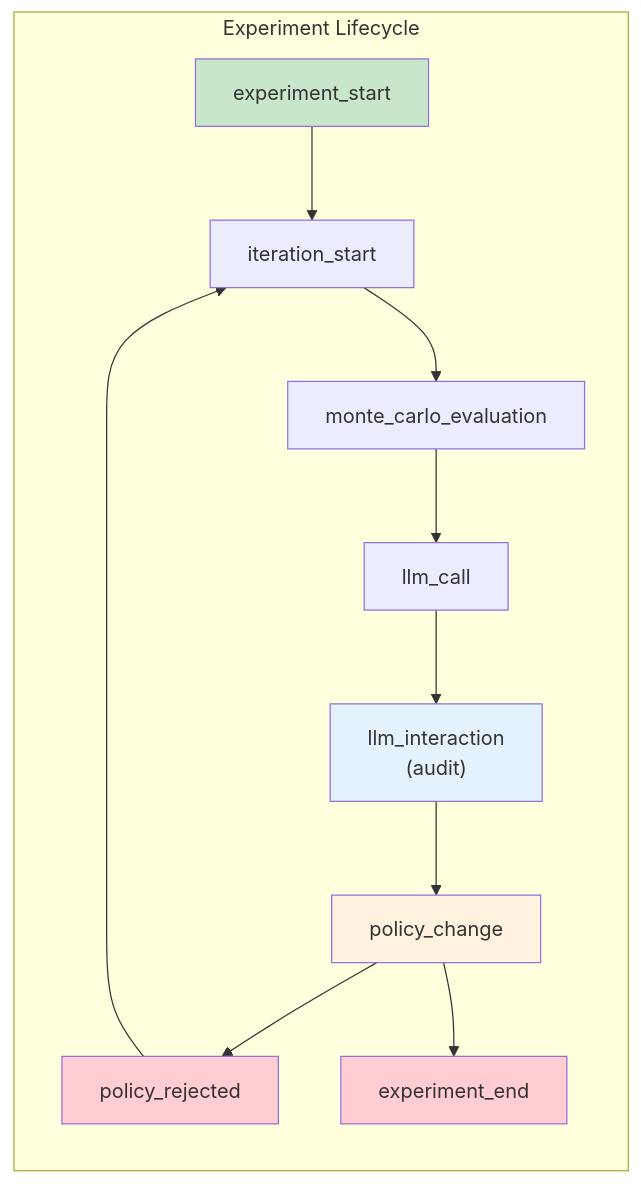
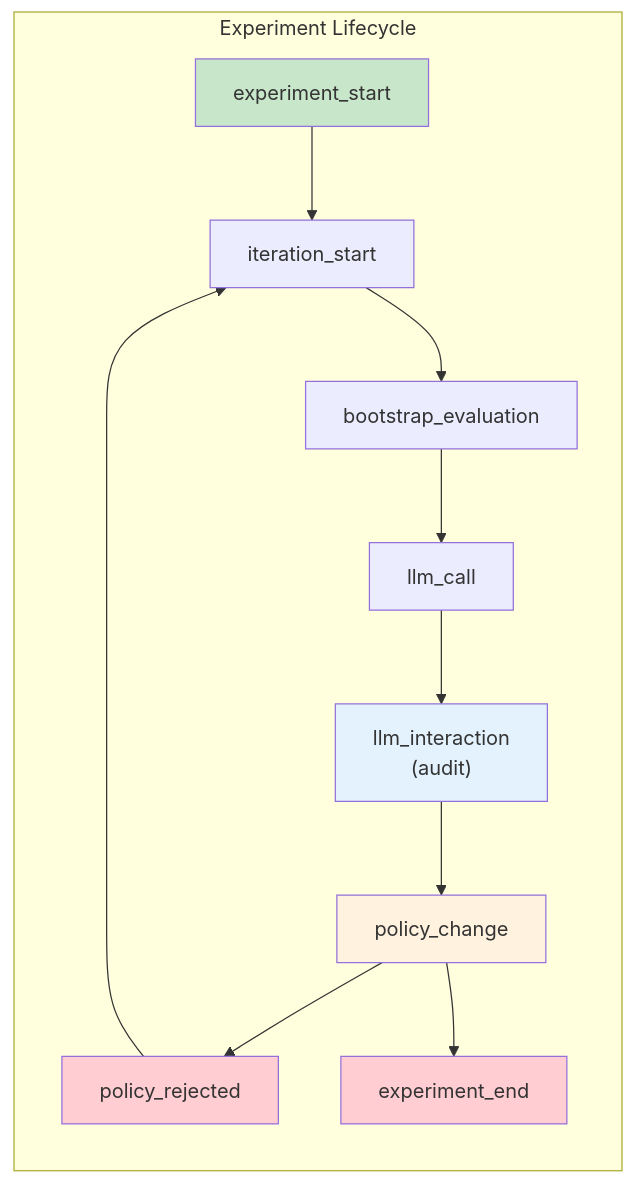
The second of 5 diagrams in docs/reference/castro/events.md (aerugo/SimCash), drawn with Mermaid before and after one commit. The commit also changed other lines of this file and 3 other files, not shown here.

````diff
--- a/docs/reference/castro/events.md
+++ b/docs/reference/castro/events.md
@@ -143,28 +143,28 @@
 ```mermaid
 flowchart LR
     subgraph Lifecycle["Experiment Lifecycle"]
         Start["experiment_start"]
         IterStart["iteration_start"]
-        MC["monte_carlo_evaluation"]
+        BS["bootstrap_evaluation"]
         LLM["llm_call"]
         LLMInt["llm_interaction<br/>(audit)"]
         Policy["policy_change"]
         Reject["policy_rejected"]
         End["experiment_end"]
     end
 
     Start --> IterStart
-    IterStart --> MC
-    MC --> LLM
+    IterStart --> BS
+    BS --> LLM
     LLM --> LLMInt
     LLMInt --> Policy
     Policy --> Reject
     Reject --> IterStart
     Policy --> End
 
     style Start fill:#c8e6c9
     style End fill:#ffcdd2
     style Policy fill:#fff3e0
     style Reject fill:#ffcdd2
     style LLMInt fill:#e3f2fd
 ```
````
